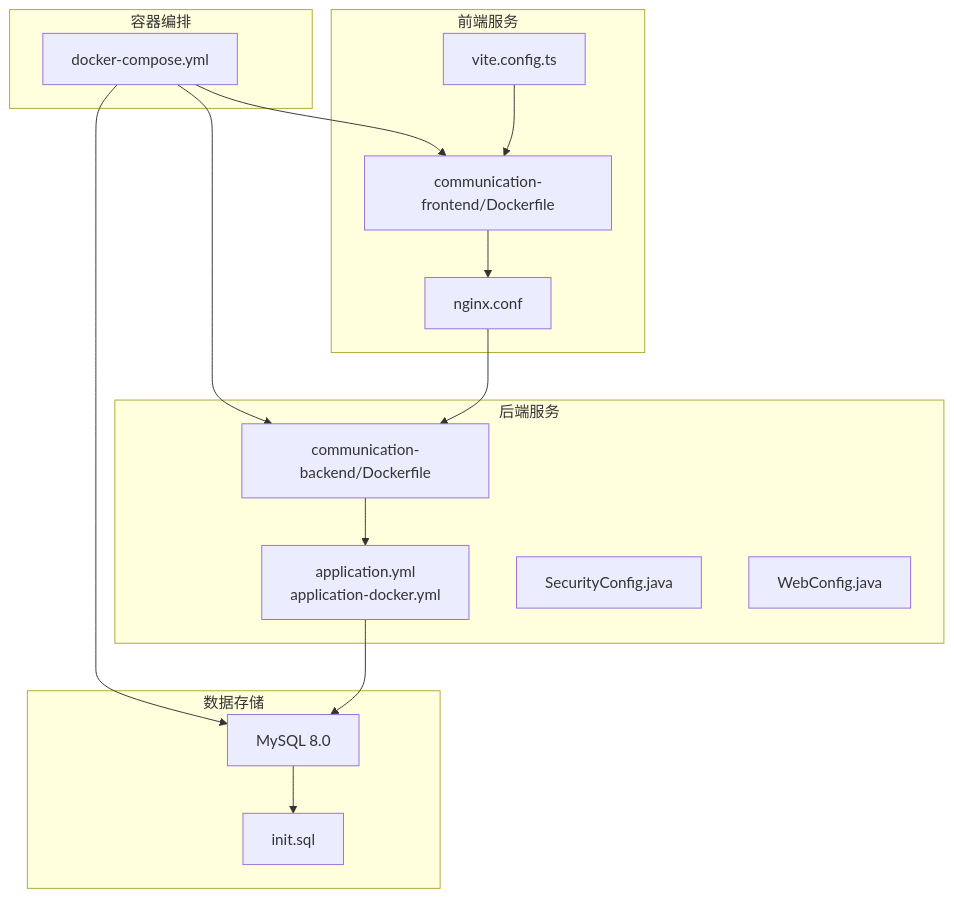
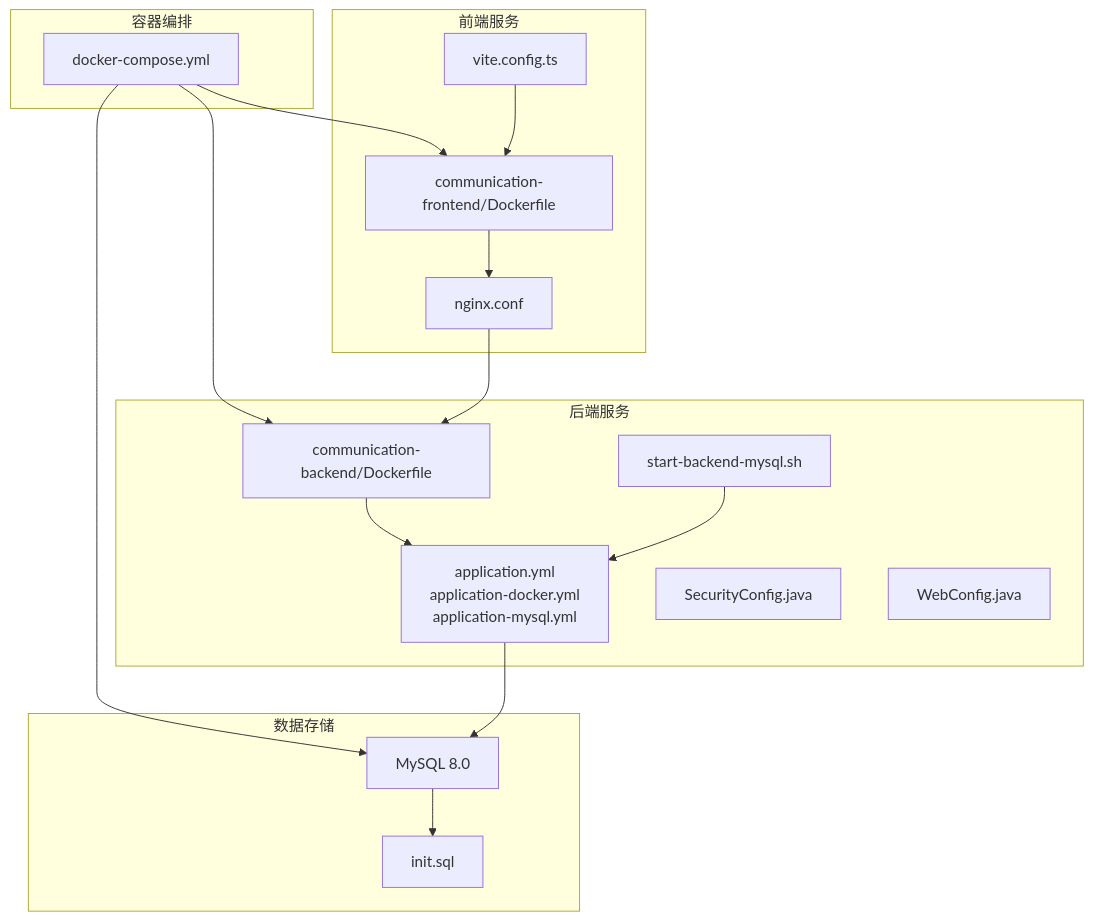
Before and after one commit to koala-xiong/communication-qoder: the first of 7 diagrams in .qoder/repowiki/zh/content/部署与运维/部署与运维.md, drawn with Mermaid. The commit also changed other lines of this file and 78 other files, not shown here.

````diff
--- a/.qoder/repowiki/zh/content/部署与运维/部署与运维.md
+++ b/.qoder/repowiki/zh/content/部署与运维/部署与运维.md
@@ -43,30 +54,32 @@
 ```mermaid
 graph TB
 subgraph "容器编排"
 DC["docker-compose.yml"]
 end
 subgraph "后端服务"
 BE_Docker["communication-backend/Dockerfile"]
-BE_AppYml["application.yml<br/>application-docker.yml"]
+BE_AppYml["application.yml<br/>application-docker.yml<br/>application-mysql.yml"]
 SecCfg["SecurityConfig.java"]
 WebCfg["WebConfig.java"]
+Script["start-backend-mysql.sh"]
 end
 subgraph "前端服务"
 FE_Docker["communication-frontend/Dockerfile"]
 FE_Nginx["nginx.conf"]
 FE_Vite["vite.config.ts"]
 end
 subgraph "数据存储"
 MySQL["MySQL 8.0"]
 InitSQL["init.sql"]
 end
 DC --> MySQL
 DC --> BE_Docker
 DC --> FE_Docker
 BE_Docker --> BE_AppYml
 BE_AppYml --> MySQL
 FE_Docker --> FE_Nginx
 FE_Vite --> FE_Docker
 MySQL --> InitSQL
 FE_Nginx --> BE_Docker
+Script --> BE_AppYml
 ```
````
